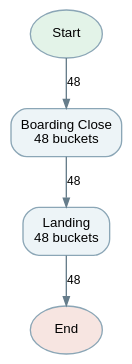
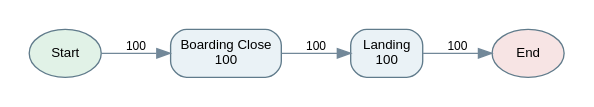
Before and after one commit to jiwonpark7913/NL2EVENTLOG: the diagram in datasets/synthetic/airlineflow/gold/Q68/dfg.dot, drawn with Graphviz. The commit also changed 401 other files, not shown here.

```diff
--- a/datasets/synthetic/airlineflow/gold/Q68/dfg.dot
+++ b/datasets/synthetic/airlineflow/gold/Q68/dfg.dot
@@ -1,12 +1,9 @@
-digraph D {
-graph [rankdir=TB, bgcolor="transparent", pad=0.25, nodesep=0.35, ranksep=0.38];
-node [shape=box,style="rounded,filled",color="#8ba6b6",fillcolor="#edf4f7",fontname="Arial",fontsize=10];
-edge [color="#667d8b",fontname="Arial",fontsize=9,arrowsize=.65];
-start [shape=ellipse,label="Start",fillcolor="#e3f3e8"];
-end [shape=ellipse,label="End",fillcolor="#f7e5e1"];
-n0 [label="Boarding Close\n48 buckets"];
-n1 [label="Landing\n48 buckets"];
-start -> n0 [label="48"];
-n0 -> n1 [label="48"];
-n1 -> end [label="48"];
+digraph G {
+rankdir=LR; graph [bgcolor="white",pad=0.2,nodesep=0.3,ranksep=0.5]; node [shape=box,style="rounded,filled",fillcolor="#eaf2f6",color="#607b8b",fontname="Arial",fontsize=10]; edge [color="#728899",fontname="Arial",fontsize=9];
+start [label="Start",shape=oval,fillcolor="#e1f2e7"]; end [label="End",shape=oval,fillcolor="#f7e4e4"];
+n0 [label="Boarding Close\n100"];
+n1 [label="Landing\n100"];
+n0 -> n1 [label="100"];
+n1 -> end [label="100"];
+start -> n0 [label="100"];
 }
```
